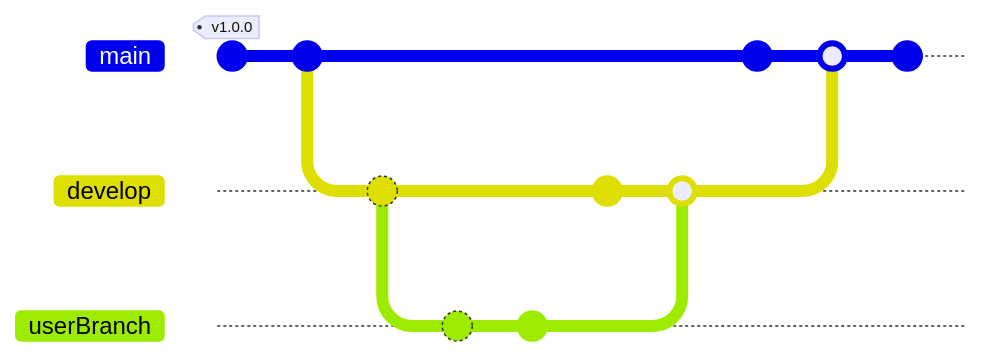
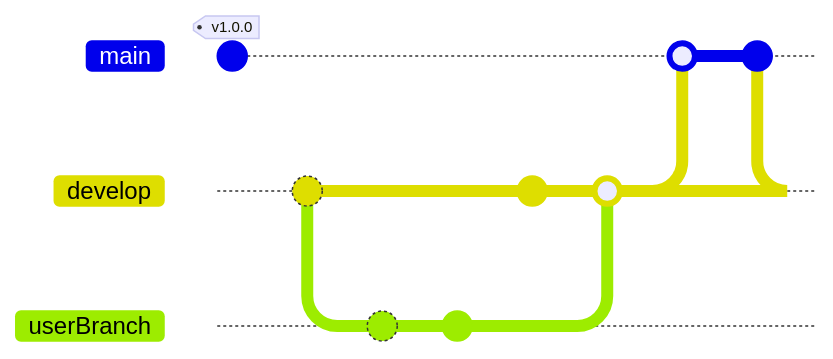
The second of 2 diagrams in README.md (TheNefelin/BootcApp), drawn with Mermaid before and after one commit. Commit ids are hidden.

Commit message:
Security in Grade List

````diff
--- a/README.md
+++ b/README.md
@@ -26,19 +26,19 @@
 ```mermaid
 gitGraph
     commit id: "init" tag: "v1.0.0"
-    commit
+    commit id: "other merge"
     branch develop
     checkout develop
     commit id: "new develop branch"
     branch userBranch
     checkout userBranch
     commit id: "new user branch"
     commit id: "new modify"
     checkout develop
     commit id: "other modify"
     merge userBranch
     checkout main
     commit id: "other merge"
     merge develop
-    commit
+    commit id: "other merge"
 ```
````
